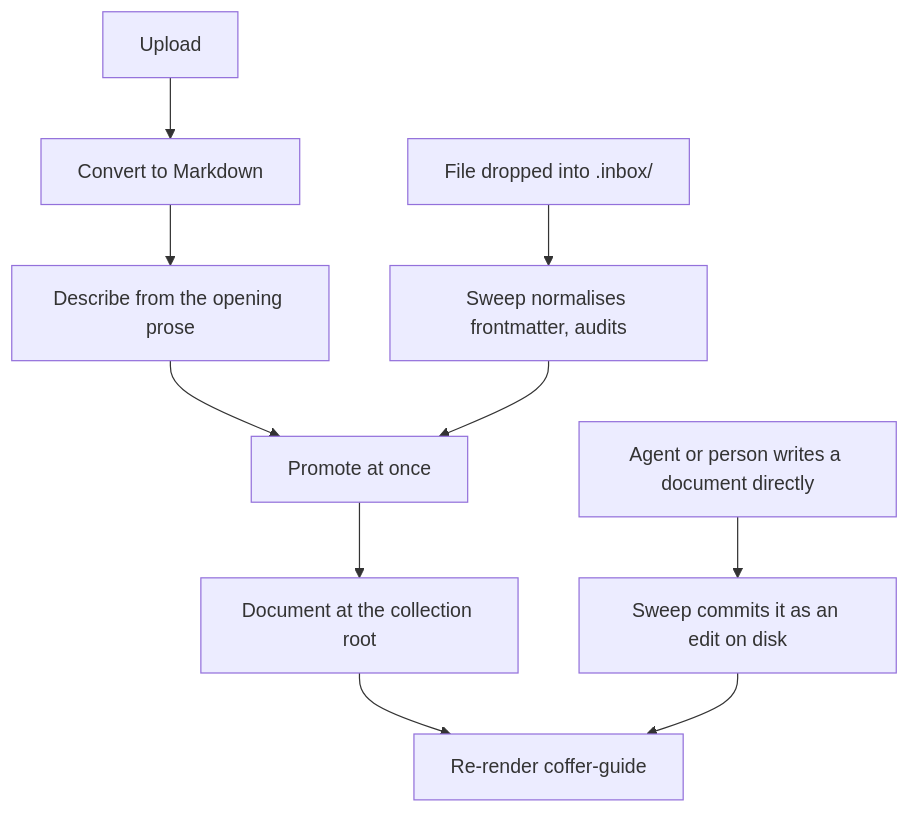
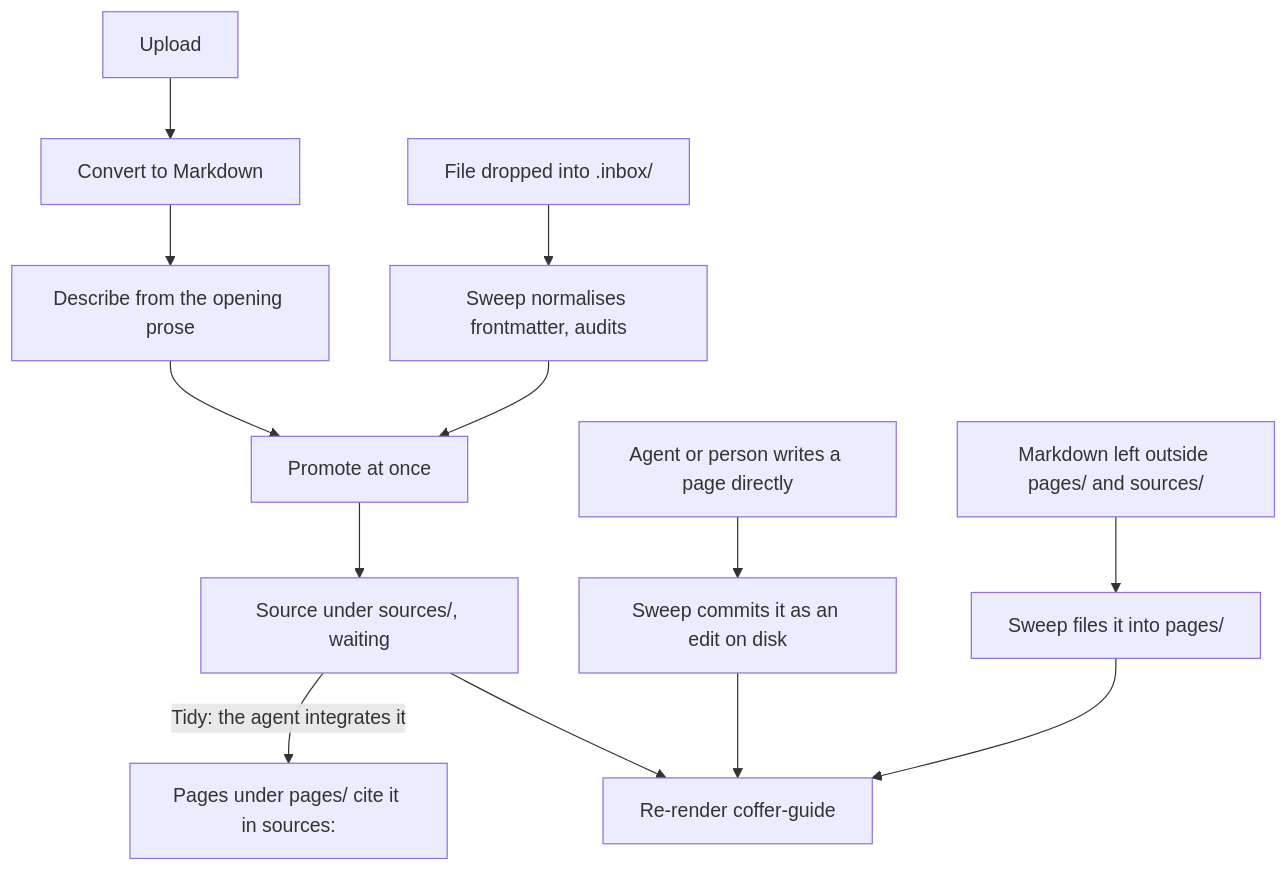
The first of 2 diagrams in docs-site/architecture/knowledge.md (wyx-sg/Coffer), drawn with Mermaid before and after one commit. The commit also changed other lines of this file and 106 other files, not shown here.

First line of the commit message:
feat(knowledge): restructure each collection as a wiki of pages compiled from kept sources (#633)

````diff
--- a/docs-site/architecture/knowledge.md
+++ b/docs-site/architecture/knowledge.md
@@ -100,12 +130,15 @@
 ```mermaid
 flowchart TD
   U["Upload"] --> C["Convert to Markdown"]
   C --> D["Describe from the opening prose"]
   D --> S["Promote at once"]
   W["File dropped into .inbox/"] --> N["Sweep normalises frontmatter, audits"]
   N --> S
-  S --> DOC["Document at the collection root"]
-  E["Agent or person writes a document directly"] --> DISK["Sweep commits it as an edit on disk"]
-  DOC --> G["Re-render coffer-guide"]
+  S --> SRC["Source under sources/, waiting"]
+  SRC -->|Tidy: the agent integrates it| P["Pages under pages/ cite it in sources:"]
+  E["Agent or person writes a page directly"] --> DISK["Sweep commits it as an edit on disk"]
+  L["Markdown left outside pages/ and sources/"] --> M["Sweep files it into pages/"]
+  SRC --> G["Re-render coffer-guide"]
   DISK --> G
+  M --> G
 ```
````
